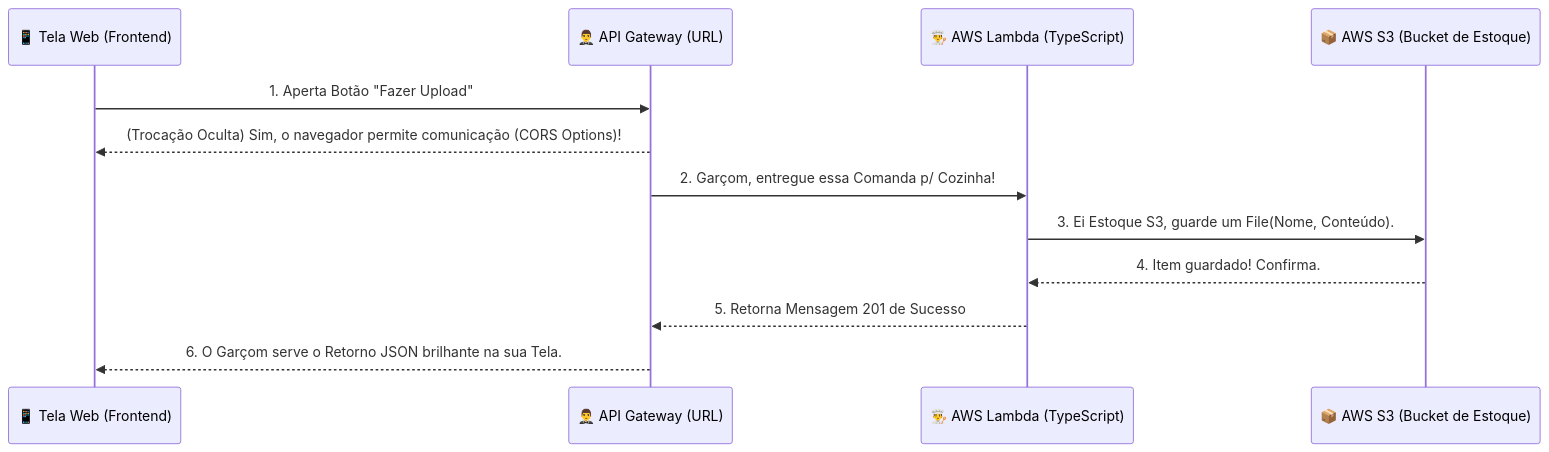
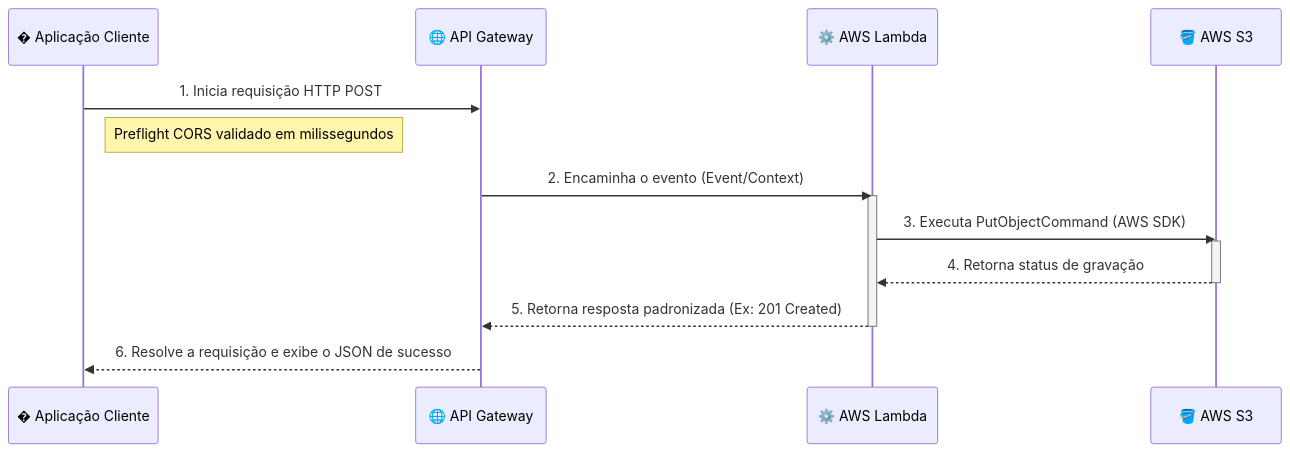
The diagram in README.md (RafaelB13/aws-study), drawn with Mermaid before and after one commit. The commit also changed other lines of this file, not shown here.

Commit message:
docs: Enhance README with detailed architecture, updated setup instructions, and testing notes.

````diff
--- a/README.md
+++ b/README.md
@@ -26,15 +25,19 @@
 ```mermaid
 sequenceDiagram
-    participant App as 📱 Tela Web (Frontend)
-    participant APIGW as 🤵‍♂️ API Gateway (URL)
-    participant Lambda as 👨‍🍳 AWS Lambda (TypeScript)
-    participant S3 as 📦 AWS S3 (Bucket de Estoque)
+    participant App as �️ Aplicação Cliente
+    participant APIGW as 🌐 API Gateway
+    participant Lambda as ⚙️ AWS Lambda
+    participant S3 as 🪣 AWS S3
 
-    App->>APIGW: 1. Aperta Botão "Fazer Upload"
-    APIGW-->>App: (Trocação Oculta) Sim, o navegador permite comunicação (CORS Options)!
-    APIGW->>Lambda: 2. Garçom, entregue essa Comanda p/ Cozinha!
-    Lambda->>S3: 3. Ei Estoque S3, guarde um File(Nome, Conteúdo).
-    S3-->>Lambda: 4. Item guardado! Confirma.
-    Lambda-->>APIGW: 5. Retorna Mensagem 201 de Sucesso
-    APIGW-->>App: 6. O Garçom serve o Retorno JSON brilhante na sua Tela.
+    App->>APIGW: 1. Inicia requisição HTTP POST
+    Note right of App: Preflight CORS validado em milissegundos
+    APIGW->>Lambda: 2. Encaminha o evento (Event/Context)
+    activate Lambda
+    Lambda->>S3: 3. Executa PutObjectCommand (AWS SDK)
+    activate S3
+    S3-->>Lambda: 4. Retorna status de gravação
+    deactivate S3
+    Lambda-->>APIGW: 5. Retorna resposta padronizada (Ex: 201 Created)
+    deactivate Lambda
+    APIGW-->>App: 6. Resolve a requisição e exibe o JSON de sucesso
 ```
````
